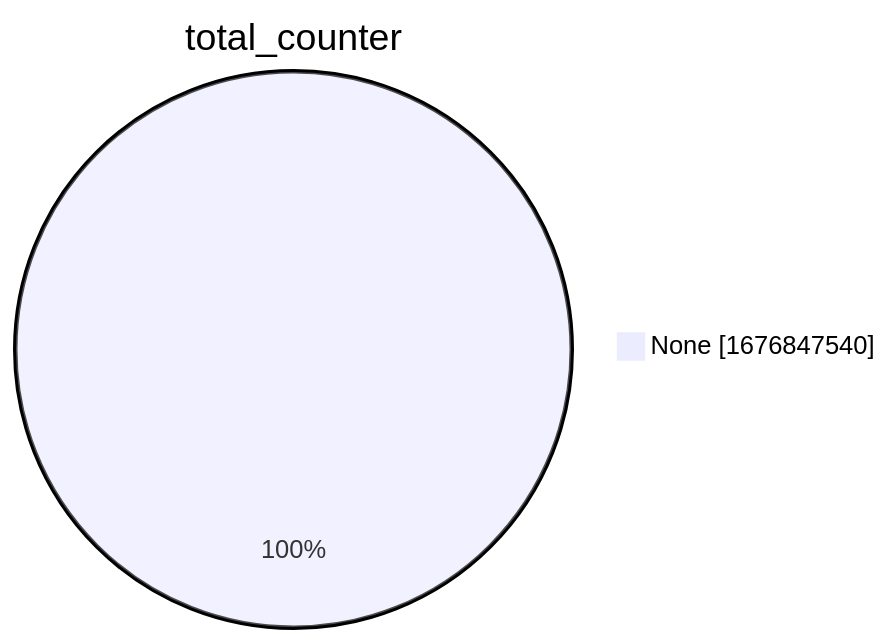
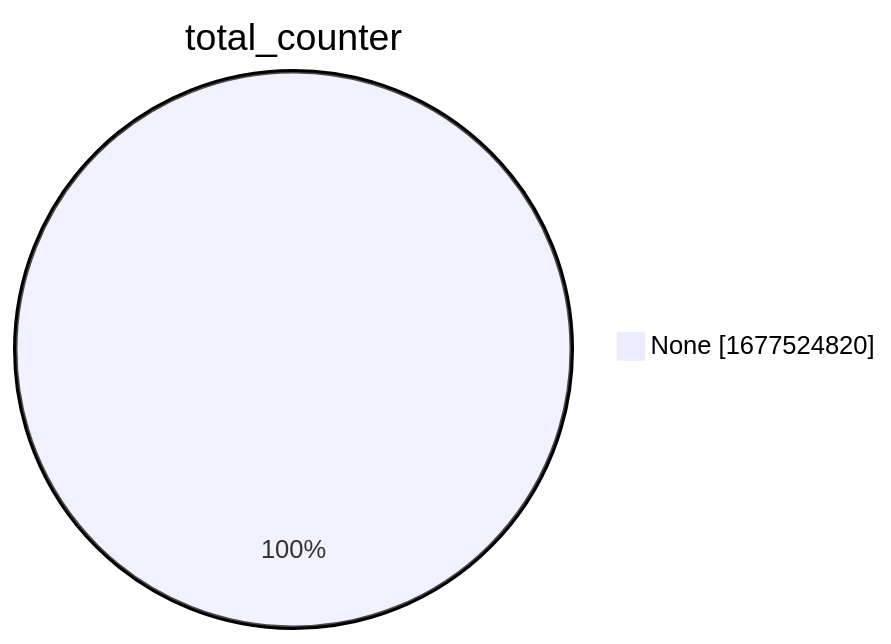
The second of 15 diagrams in xenon2022/README.md (christiankrug/ctmonitor_visualization), drawn with Mermaid before and after one commit. The commit also changed other lines of this file, not shown here.

````diff
--- a/xenon2022/README.md
+++ b/xenon2022/README.md
@@ -9,5 +9,5 @@
 ```mermaid
 pie showData
 title total_counter
-"None" :1676847540
+"None" :1677524820
 ```
````
